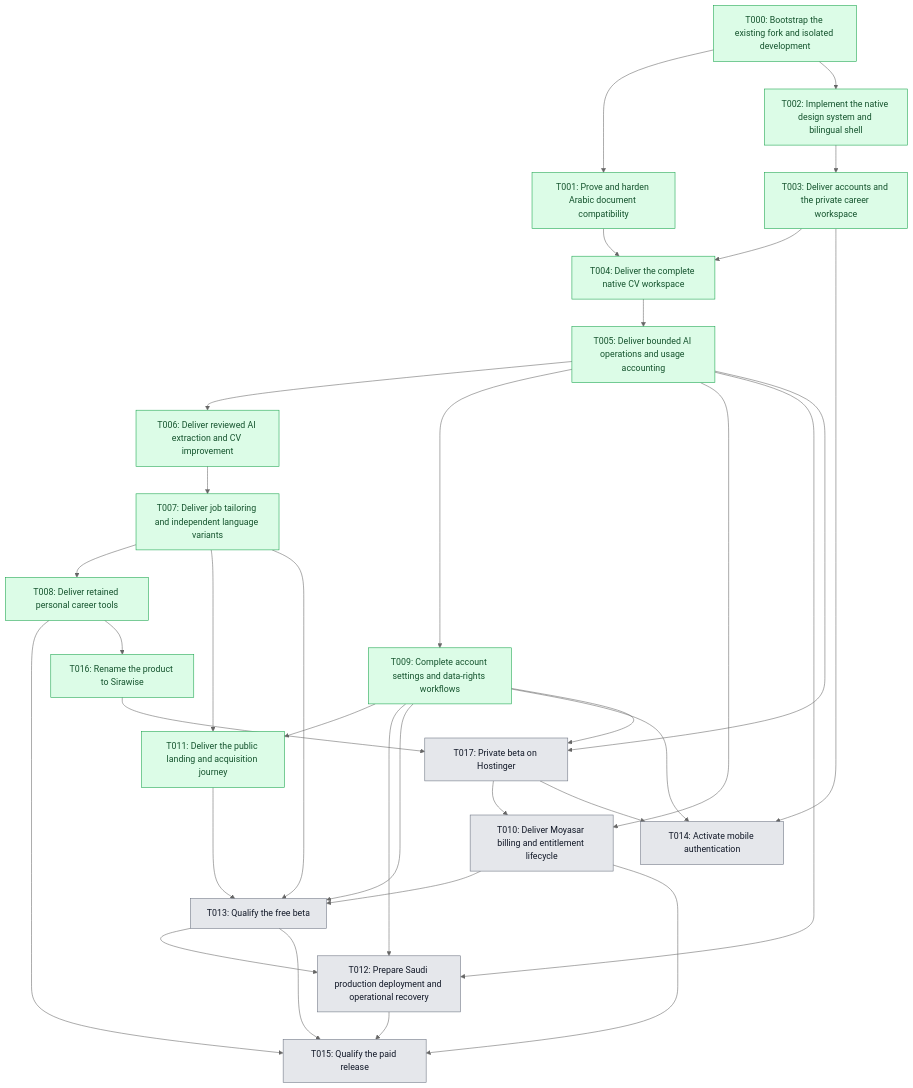
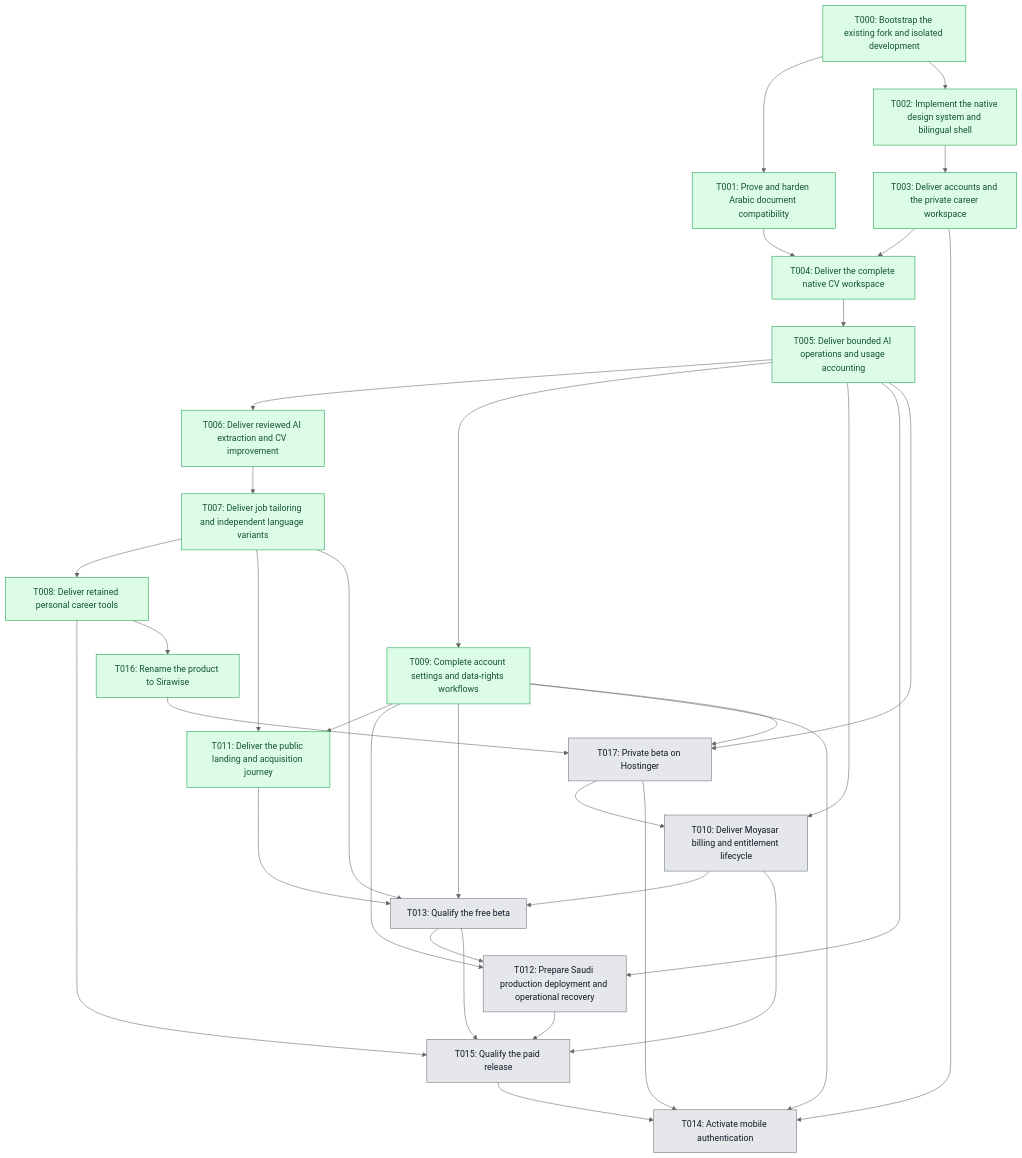
One commit to 0-sayed/master-cv changed the diagram in Planning/roadmap/dependencies.mmd. Above: the diagram before and after it, drawn with Mermaid (neutral theme). The commit also changed 74 other files, not shown here.

```diff
--- a/Planning/roadmap/dependencies.mmd
+++ b/Planning/roadmap/dependencies.mmd
@@ -1,62 +1,63 @@
 flowchart TD
     T000["T000: Bootstrap the existing fork and isolated development"]
     T001["T001: Prove and harden Arabic document compatibility"]
     T002["T002: Implement the native design system and bilingual shell"]
     T003["T003: Deliver accounts and the private career workspace"]
     T004["T004: Deliver the complete native CV workspace"]
     T005["T005: Deliver bounded AI operations and usage accounting"]
     T006["T006: Deliver reviewed AI extraction and CV improvement"]
     T007["T007: Deliver job tailoring and independent language variants"]
     T008["T008: Deliver retained personal career tools"]
     T009["T009: Complete account settings and data-rights workflows"]
     T010["T010: Deliver Moyasar billing and entitlement lifecycle"]
     T011["T011: Deliver the public landing and acquisition journey"]
     T017["T017: Private beta on Hostinger"]
     T016["T016: Rename the product to Sirawise"]
     T012["T012: Prepare Saudi production deployment and operational recovery"]
     T013["T013: Qualify the free beta"]
     T014["T014: Activate mobile authentication"]
     T015["T015: Qualify the paid release"]
 
     T000 --> T001
     T000 --> T002
     T002 --> T003
     T001 --> T004
     T003 --> T004
     T004 --> T005
     T005 --> T006
     T006 --> T007
     T007 --> T008
     %% D39 (Sayed, 2026-11-16): T008 builds before T012/T013; no deployment work.
     %% Release order only: S32-S34 stay post-beta; T013 decides their beta availability.
     T005 --> T009
     T007 --> T011
     T009 --> T011
 
     %% D43 (amended 2026-11-19): T008 -> T016 -> T017 -> T010 -> T013 -> T012 -> T015; T014 post-MVP.
     %% T012 follows client pilot approval; production charging waits for T012/T015.
     T005 --> T010
     T017 --> T010
     T005 --> T012
     T009 --> T012
     T013 --> T012
     T007 --> T013
     T009 --> T013
     T010 --> T013
     T011 --> T013
     T003 --> T014
     T009 --> T014
     T017 --> T014
+    T015 --> T014
     T008 --> T015
     T010 --> T015
     T012 --> T015
     T013 --> T015
     T008 --> T016
     T005 --> T017
     T009 --> T017
     T016 --> T017
 
     classDef pending fill:#e5e7eb,stroke:#6b7280,color:#111827;
     classDef done fill:#dcfce7,stroke:#16a34a,color:#14532d;
     class T000,T001,T002,T003,T004,T005,T006,T007,T008,T009,T011,T016 done;
     class T010,T012,T013,T014,T015,T017 pending;
```
